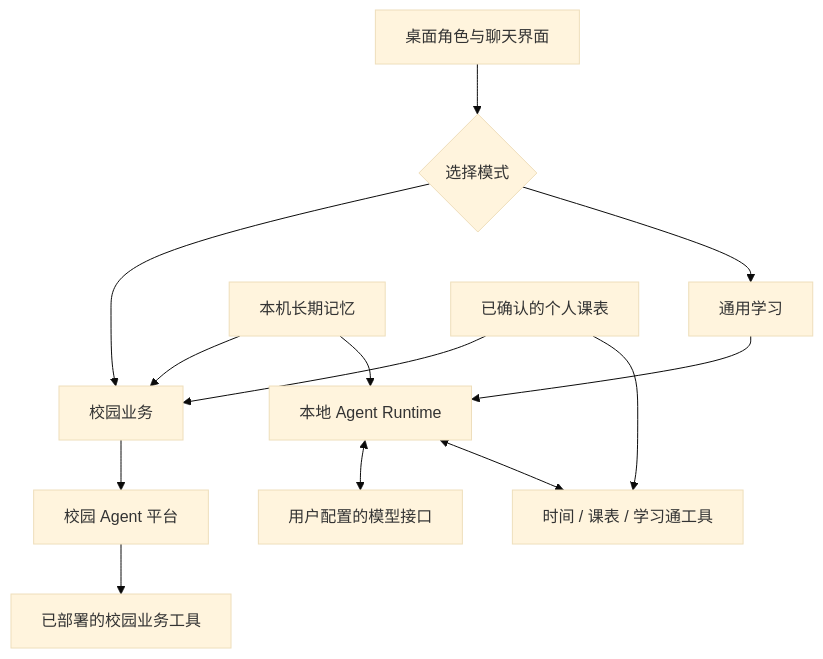
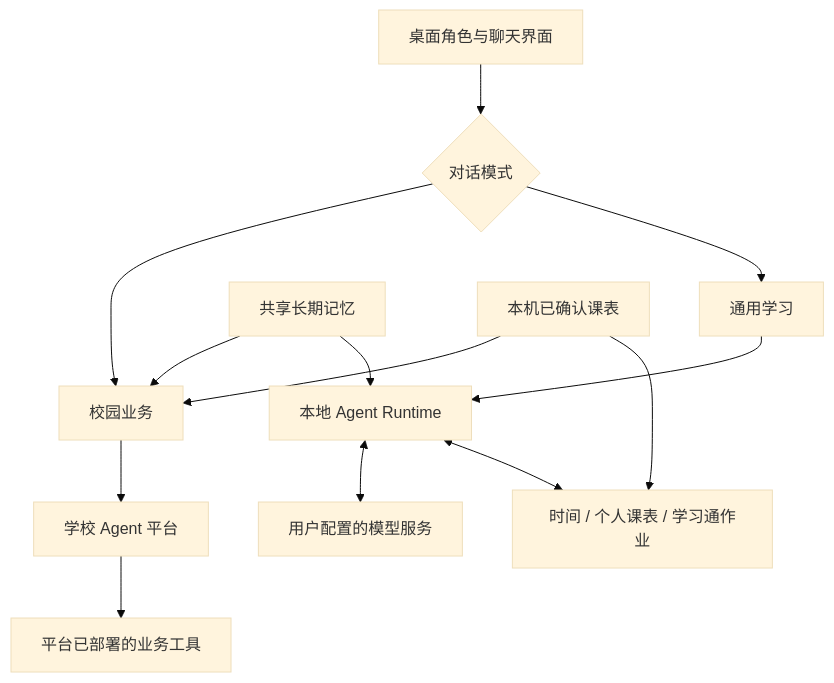
Before and after one commit to Limaoyu-007/zhixiaoli-campus-companion: the diagram in README.md, drawn with Mermaid (base theme). The commit also changed other lines of this file and 30 other files, not shown here.

````diff
--- a/README.md
+++ b/README.md
@@ -28,15 +107,15 @@
 ```mermaid
 flowchart TD
-    UI[桌面角色与聊天界面] --> Mode{选择模式}
+    UI[桌面角色与聊天界面] --> Mode{对话模式}
     Mode --> Campus[校园业务]
-    Campus --> Platform[校园 Agent 平台]
-    Platform --> Business[已部署的校园业务工具]
+    Campus --> Platform[学校 Agent 平台]
+    Platform --> Business[平台已部署的业务工具]
     Mode --> Study[通用学习]
     Study --> Runtime[本地 Agent Runtime]
-    Runtime <--> Model[用户配置的模型接口]
-    Runtime <--> Tools[时间 / 课表 / 学习通工具]
-    Memory[本机长期记忆] --> Campus
+    Runtime <--> Model[用户配置的模型服务]
+    Runtime <--> Tools[时间 / 个人课表 / 学习通作业]
+    Memory[共享长期记忆] --> Campus
     Memory --> Runtime
-    Timetable[已确认的个人课表] --> Campus
+    Timetable[本机已确认课表] --> Campus
     Timetable --> Tools
 ```
````
